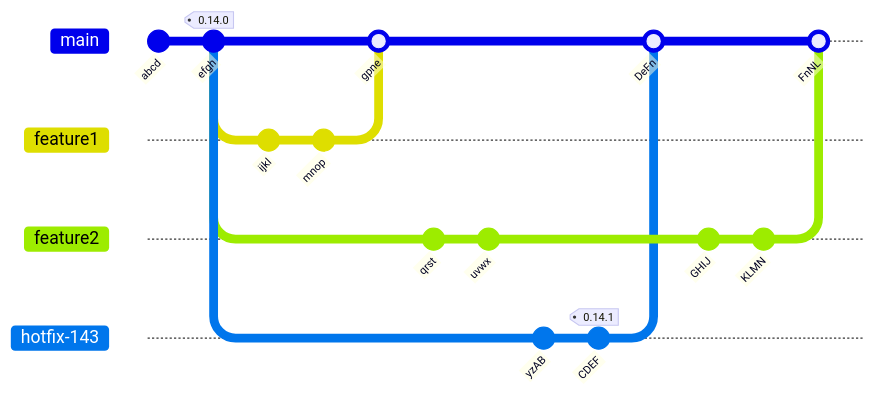
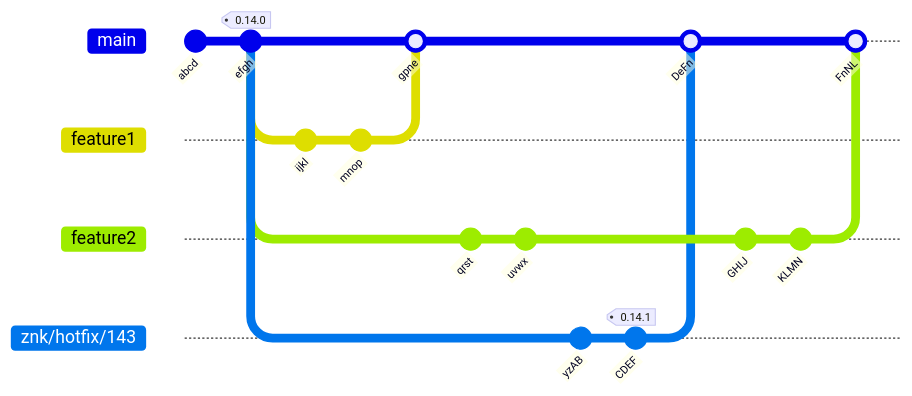
One commit to hubverse-org/hubDevs changed the fifth of 5 diagrams in vignettes/hotfixes.qmd. Above: the diagram before and after it, drawn with Mermaid. The commit also changed other lines of this file and 3 other files, not shown here.

````diff
--- a/vignettes/hotfixes.qmd
+++ b/vignettes/hotfixes.qmd
@@ -188,27 +184,27 @@
 ```{mermaid}
 gitGraph
     commit id: "abcd"
     commit id: "efgh" tag: "0.14.0"
     branch feature1
     branch feature2
-    branch hotfix-143
+    branch znk/hotfix/143
     checkout main
     checkout feature1
     commit id: "ijkl"
     commit id: "mnop"
     checkout main
     merge feature1 id: "gpne"
     checkout feature2
     commit id: "qrst"
     commit id: "uvwx"
-    checkout hotfix-143
+    checkout znk/hotfix/143
     commit id: "yzAB"
     commit id: "CDEF" tag: "0.14.1"
     checkout main
-    merge hotfix-143 id: "DeFn"
+    merge znk/hotfix/143 id: "DeFn"
     checkout feature2
     commit id: "GHIJ"
     commit id: "KLMN"
     checkout main
     merge feature2 id: "FnNL"
 ```
````
